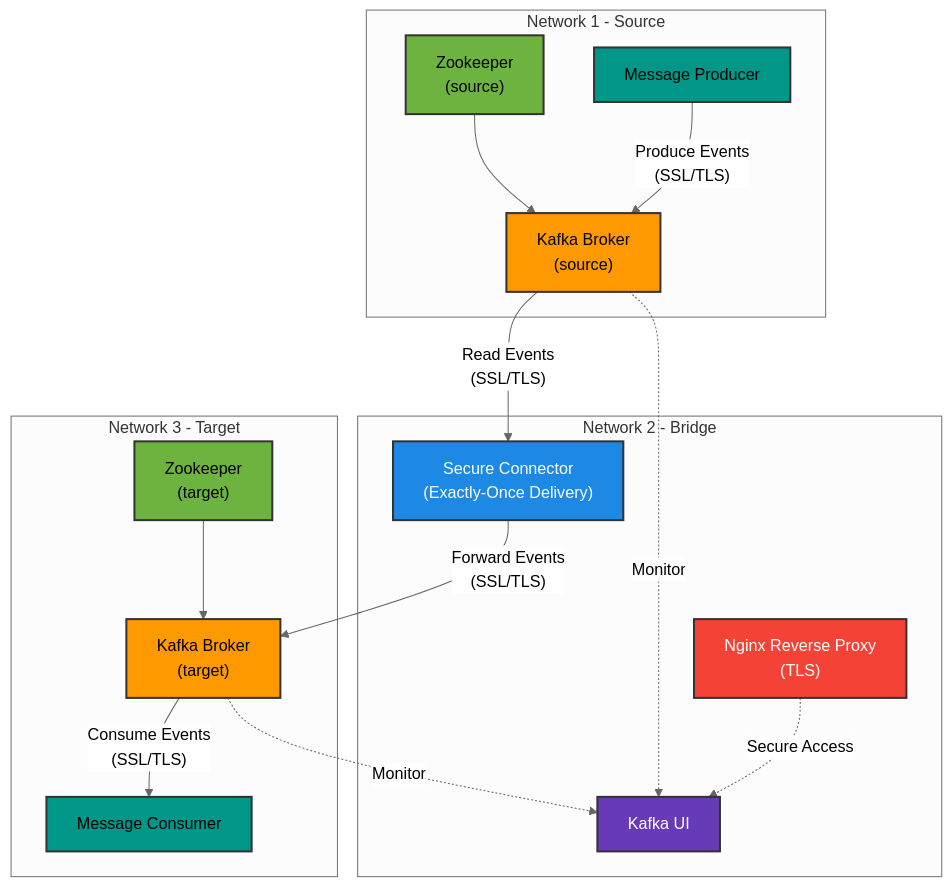
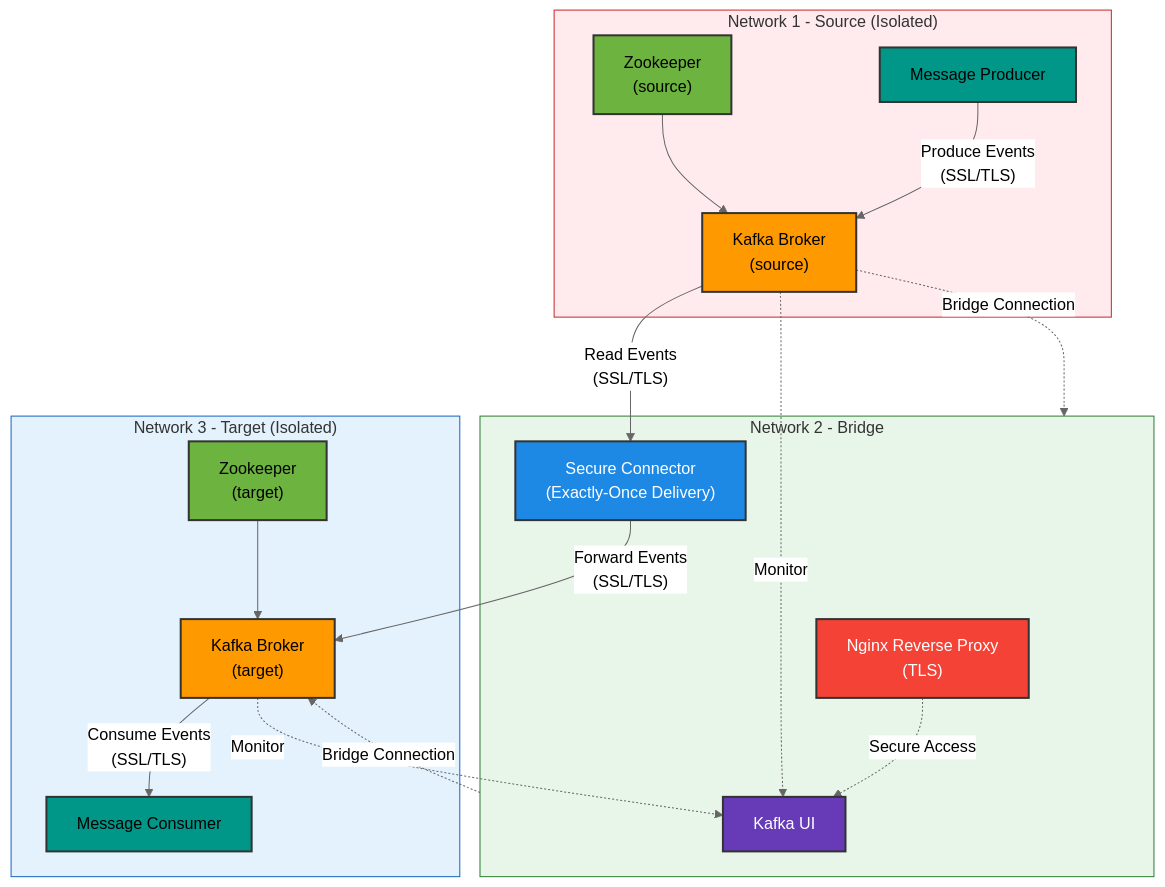
Before and after one commit to khandaa/data-streaming-v2: the first of 2 diagrams in README.md, drawn with Mermaid (neutral theme). The commit also changed 5 other files, not shown here.

````diff
--- a/README.md
+++ b/README.md
@@ -18,49 +18,59 @@
 ```mermaid
 graph TD
     %% Network Boundaries
-    subgraph Network1["Network 1 - Source"]
+    subgraph Network1["Network 1 - Source (Isolated)"]
         SourceZK["Zookeeper\n(source)"]
+        SourceProducer["Message Producer"]
         SourceKafka["Kafka Broker\n(source)"]
-        SourceProducer["Message Producer"]
     end
 
     subgraph Network2["Network 2 - Bridge"]
         Connector["Secure Connector\n(Exactly-Once Delivery)"]
         KafkaUI["Kafka UI"]
         ReverseProxy["Nginx Reverse Proxy\n(TLS)"]
     end
 
-    subgraph Network3["Network 3 - Target"]
+    subgraph Network3["Network 3 - Target (Isolated)"]
         TargetZK["Zookeeper\n(target)"]
         TargetKafka["Kafka Broker\n(target)"]
         TargetConsumer["Message Consumer"]
     end
 
     %% Connections
     SourceZK --> SourceKafka
     SourceProducer -->|"Produce Events\n(SSL/TLS)"| SourceKafka
     SourceKafka -->|"Read Events\n(SSL/TLS)"| Connector
     Connector -->|"Forward Events\n(SSL/TLS)"| TargetKafka
     TargetZK --> TargetKafka
     TargetKafka -->|"Consume Events\n(SSL/TLS)"| TargetConsumer
     
+    %% Network Bridge Connections - Notice there are no direct connections between Network 1 and 3
+    SourceKafka -.->|"Bridge Connection"| Network2
+    Network2 -.->|"Bridge Connection"| TargetKafka
+    
     %% UI and Monitoring
     SourceKafka -.->|"Monitor"| KafkaUI
     TargetKafka -.->|"Monitor"| KafkaUI
     ReverseProxy -.->|"Secure Access"| KafkaUI
 
     %% Styling
     classDef kafka fill:#ff9900,stroke:#333,stroke-width:2px
     classDef zookeeper fill:#6db33f,stroke:#333,stroke-width:2px
     classDef connector fill:#1e88e5,stroke:#333,stroke-width:2px,color:white
     classDef ui fill:#673ab7,stroke:#333,stroke-width:2px,color:white
     classDef proxy fill:#f44336,stroke:#333,stroke-width:2px,color:white
     classDef client fill:#009688,stroke:#333,stroke-width:2px
+    classDef network1 fill:#ffebee,stroke:#c62828,stroke-width:1px
+    classDef network2 fill:#e8f5e9,stroke:#2e7d32,stroke-width:1px
+    classDef network3 fill:#e3f2fd,stroke:#1565c0,stroke-width:1px
     
     class SourceKafka,TargetKafka kafka
     class SourceZK,TargetZK zookeeper
     class Connector connector
     class KafkaUI ui
     class ReverseProxy proxy
     class SourceProducer,TargetConsumer client
+    class Network1 network1
+    class Network2 network2
+    class Network3 network3
 ```
````
